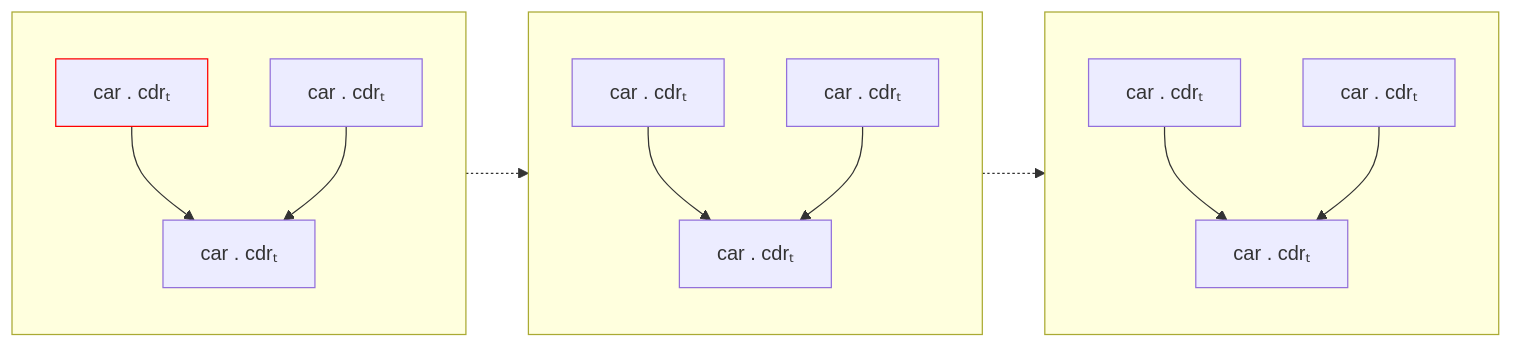
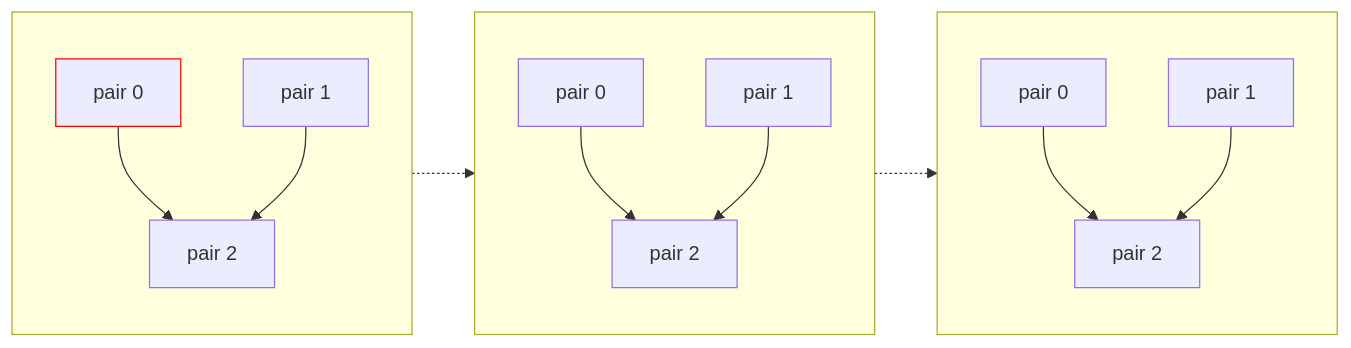
Before and after one commit to raviqqe/doc: the diagram in slides/papers/stak-scheme/merge.mmd, drawn with Mermaid.

```diff
--- a/slides/papers/stak-scheme/merge.mmd
+++ b/slides/papers/stak-scheme/merge.mmd
@@ -1,27 +1,27 @@
 flowchart LR
   subgraph s0[ ]
     direction TB
 
-    c0[car . cdrₜ]:::current --> c2[car . cdrₜ]
-    c1[car . cdrₜ] --> c2
+    c0[pair 0]:::current --> c2[pair 2]
+    c1[pair 1] --> c2
   end
 
   s0 -.-> s1
 
   subgraph s1[ ]
     direction TB
 
-    c3[car . cdrₜ] --> c5[car . cdrₜ]
-    c4[car . cdrₜ] --> c5
+    c3[pair 0] --> c5[pair 2]
+    c4[pair 1] --> c5
   end
 
   s1 -.-> s2
 
   subgraph s2[ ]
     direction TB
 
-    c6[car . cdrₜ] --> c8[car . cdrₜ]
-    c7[car . cdrₜ] --> c8
+    c6[pair 0] --> c8[pair 2]
+    c7[pair 1] --> c8
   end
 
  classDef current stroke:red
```
